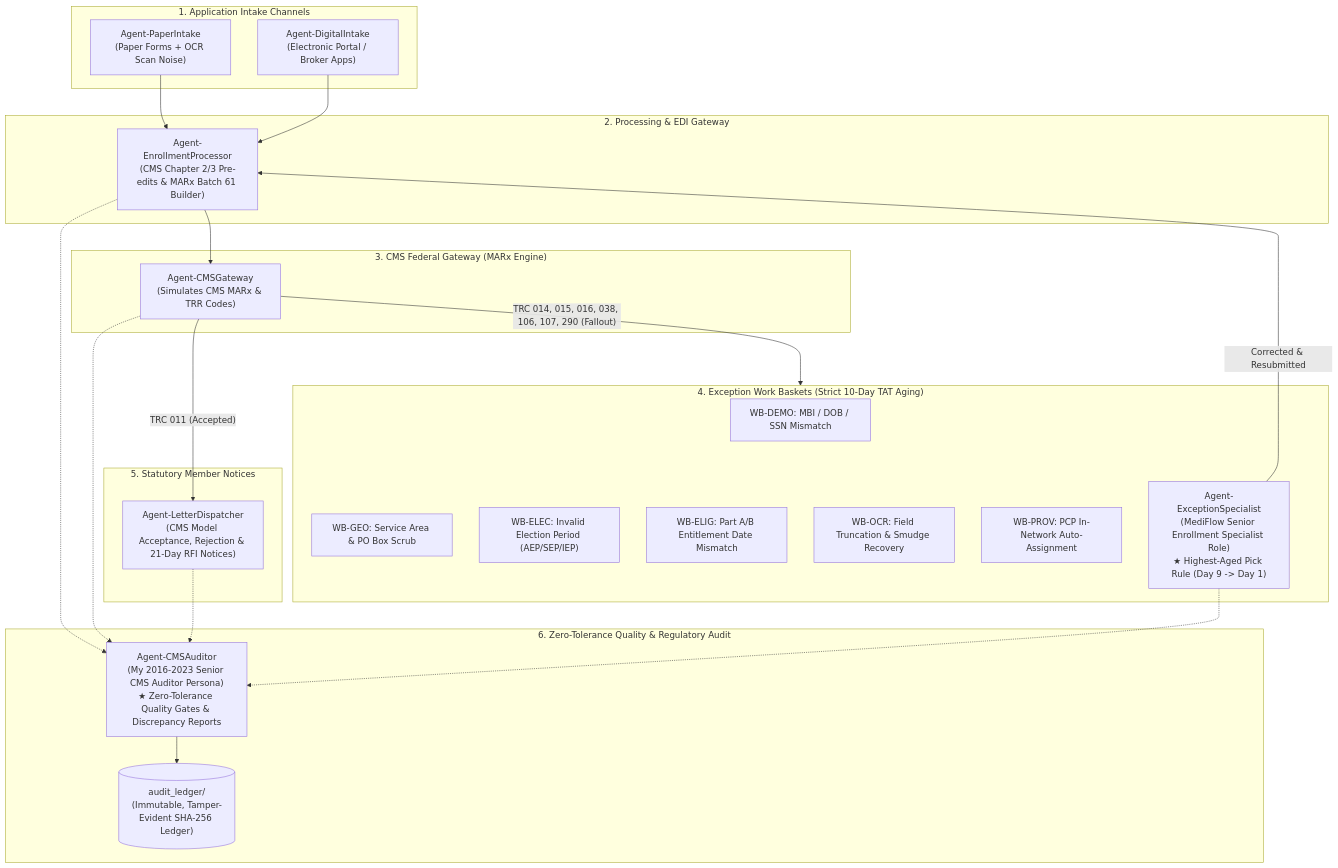
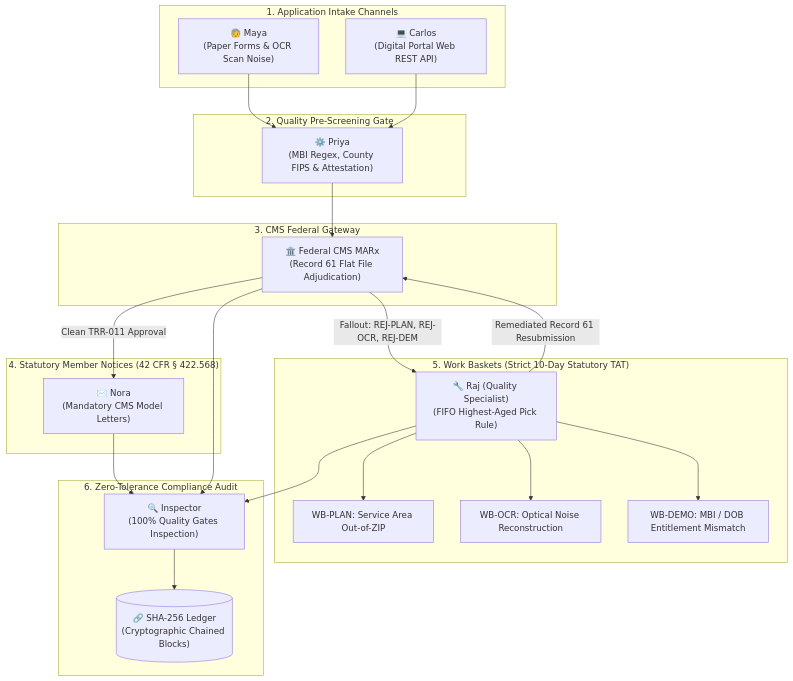
The diagram in blog_inputs/medicare_multi_agent_enrollment_audit.md (kprsnt2/kprsnt.in), drawn with Mermaid before and after one commit. The commit also changed other lines of this file and 4 other files, not shown here.

Commit message:
fix(blog): repair mermaid flowchart syntax and render support for mediflow architecture

````diff
--- a/blog_inputs/medicare_multi_agent_enrollment_audit.md
+++ b/blog_inputs/medicare_multi_agent_enrollment_audit.md
@@ -27,49 +27,45 @@
 ```mermaid
 flowchart TD
     subgraph IntakeChannels ["1. Application Intake Channels"]
-        A1["Agent-PaperIntake<br/>(Paper Forms + OCR Scan Noise)"]
-        A2["Agent-DigitalIntake<br/>(Electronic Portal / Broker Apps)"]
+        MAYA["🧓 Maya<br/>(Paper Forms & OCR Scan Noise)"]
+        CARLOS["💻 Carlos<br/>(Digital Portal Web REST API)"]
     end
 
-    subgraph CoreEngine ["2. Processing & EDI Gateway"]
-        P["Agent-EnrollmentProcessor<br/>(CMS Chapter 2/3 Pre-edits & MARx Batch 61 Builder)"]
+    subgraph PreScreen ["2. Quality Pre-Screening Gate"]
+        PRIYA["⚙️ Priya<br/>(MBI Regex, County FIPS & Attestation)"]
     end
 
-    subgraph CMSFederal ["3. CMS Federal Gateway (MARx Engine)"]
-        CMS["Agent-CMSGateway<br/>(Simulates CMS MARx & TRR Codes)"]
+    subgraph FederalMARx ["3. CMS Federal Gateway"]
+        CMS["🏛️ Federal CMS MARx<br/>(Record 61 Flat File Adjudication)"]
     end
 
-    subgraph WorkBaskets ["4. Exception Work Baskets (Strict 10-Day TAT Aging)"]
-        WB_DEMO["WB-DEMO: MBI / DOB / SSN Mismatch"]
-        WB_GEO["WB-GEO: Service Area & PO Box Scrub"]
-        WB_ELEC["WB-ELEC: Invalid Election Period (AEP/SEP/IEP)"]
-        WB_ELIG["WB-ELIG: Part A/B Entitlement Date Mismatch"]
-        WB_OCR["WB-OCR: Field Truncation & Smudge Recovery"]
-        WB_PROV["WB-PROV: PCP In-Network Auto-Assignment"]
-        
-        EX_AGENT["Agent-ExceptionSpecialist<br/>(MediFlow Senior Enrollment Specialist Role)<br/>★ Highest-Aged Pick Rule (Day 9 -> Day 1)"]
+    subgraph StatutoryNotices ["4. Statutory Member Notices (42 CFR § 422.568)"]
+        NORA["✉️ Nora<br/>(Mandatory CMS Model Letters)"]
     end
 
-    subgraph Letters ["5. Statutory Member Notices"]
-        LTR["Agent-LetterDispatcher<br/>(CMS Model Acceptance, Rejection & 21-Day RFI Notices)"]
+    subgraph WorkBaskets ["5. Work Baskets (Strict 10-Day Statutory TAT)"]
+        RAJ["🔧 Raj (Quality Specialist)<br/>(FIFO Highest-Aged Pick Rule)"]
+        WB_PLAN["WB-PLAN: Service Area Out-of-ZIP"]
+        WB_OCR["WB-OCR: Optical Noise Reconstruction"]
+        WB_DEMO["WB-DEMO: MBI / DOB Entitlement Mismatch"]
     end
 
-    subgraph IndependentAudit ["6. Zero-Tolerance Quality & Regulatory Audit"]
-        AUDITOR["Agent-CMSAuditor<br/>(My 2016-2023 Senior CMS Auditor Persona)<br/>★ Zero-Tolerance Quality Gates & Discrepancy Reports"]
-        LEDGER[("audit_ledger/<br/>(Immutable, Tamper-Evident SHA-256 Ledger)")]
+    subgraph RegulatoryAudit ["6. Zero-Tolerance Compliance Audit"]
+        INSPECTOR["🔍 Inspector<br/>(100% Quality Gates Inspection)"]
+        LEDGER[("🔗 SHA-256 Ledger<br/>(Cryptographic Chained Blocks)")]
     end
 
-    A1 --> P
-    A2 --> P
-    P --> CMS
-    CMS -- "TRC 011 (Accepted)" --> LTR
-    CMS -- "TRC 014, 015, 016, 038, 106, 107, 290 (Fallout)" --> WorkBaskets
-    WorkBaskets --> EX_AGENT
-    EX_AGENT -- "Corrected & Resubmitted" --> P
-    
-    P -.-> AUDITOR
-    CMS -.-> AUDITOR
-    LTR -.-> AUDITOR
-    EX_AGENT -.-> AUDITOR
-    AUDITOR --> LEDGER
+    MAYA --> PRIYA
+    CARLOS --> PRIYA
+    PRIYA --> CMS
+    CMS -->|"Clean TRR-011 Approval"| NORA
+    CMS -->|"Fallout: REJ-PLAN, REJ-OCR, REJ-DEM"| RAJ
+    RAJ --> WB_PLAN
+    RAJ --> WB_OCR
+    RAJ --> WB_DEMO
+    RAJ -->|"Remediated Record 61 Resubmission"| CMS
+    NORA --> INSPECTOR
+    CMS --> INSPECTOR
+    RAJ --> INSPECTOR
+    INSPECTOR --> LEDGER
 ```
````
